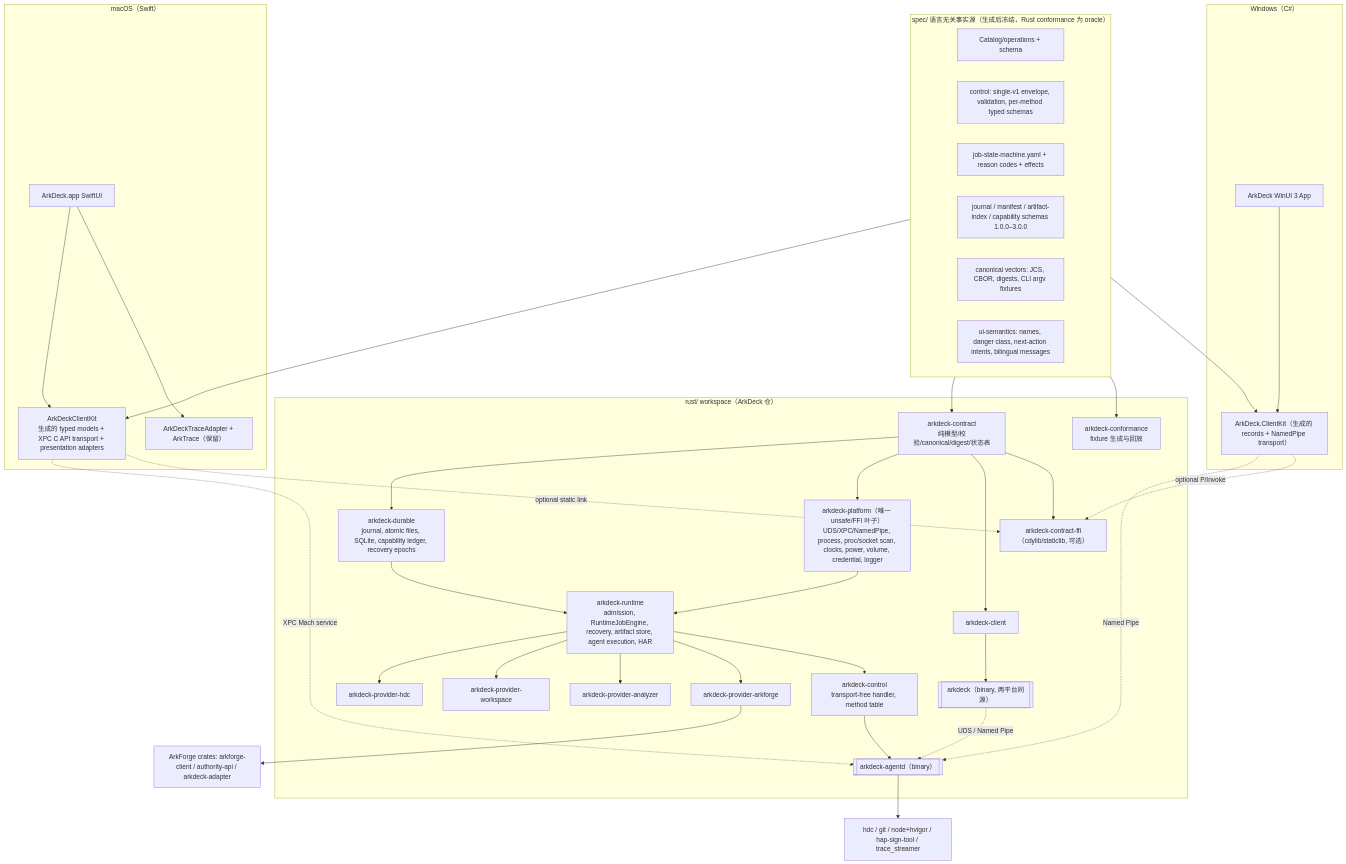
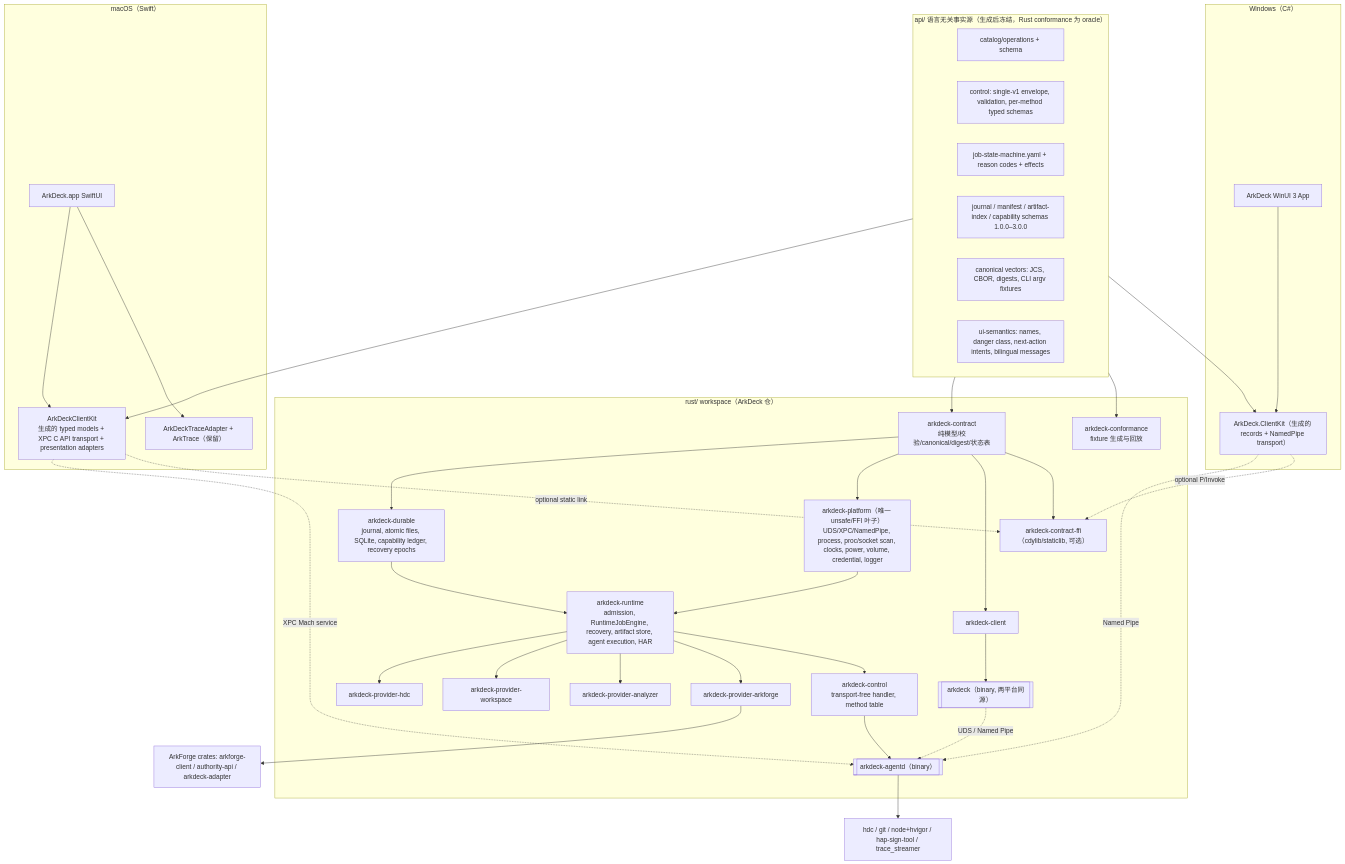
Before and after one commit to ArkDeck/ArkDeck: the first of 5 diagrams in docs/design/cross-platform/rust-core-cross-platform-architecture.md, drawn with Mermaid. The commit also changed other lines of this file and 520 other files, not shown here.

First line of the commit message:
chore: rename non-code trees to hack, api, catalog, and test/fixtures

````diff
--- a/docs/design/cross-platform/rust-core-cross-platform-architecture.md
+++ b/docs/design/cross-platform/rust-core-cross-platform-architecture.md
@@ -142,64 +142,64 @@
 ```mermaid
 flowchart TB
-  subgraph SPEC["spec/ 语言无关事实源（生成后冻结，Rust conformance 为 oracle）"]
-    CAT[Catalog/operations + schema]
+  subgraph SPEC["api/ 语言无关事实源（生成后冻结，Rust conformance 为 oracle）"]
+    CAT[catalog/operations + schema]
     CTRL[control: single-v1 envelope, validation, per-method typed schemas]
     SM[job-state-machine.yaml + reason codes + effects]
     JRN[journal / manifest / artifact-index / capability schemas 1.0.0–3.0.0]
     VEC[canonical vectors: JCS, CBOR, digests, CLI argv fixtures]
     UIS[ui-semantics: names, danger class, next-action intents, bilingual messages]
   end
 
   subgraph RUST["rust/ workspace（ArkDeck 仓）"]
     CONTRACT[arkdeck-contract<br/>纯模型/校验/canonical/digest/状态表]
     DURABLE[arkdeck-durable<br/>journal, atomic files, SQLite, capability ledger, recovery epochs]
     PLATFORM[arkdeck-platform（唯一 unsafe/FFI 叶子）<br/>UDS/XPC/NamedPipe, process, proc/socket scan, clocks, power, volume, credential, logger]
     RUNTIME[arkdeck-runtime<br/>admission, RuntimeJobEngine, recovery, artifact store, agent execution, HAR]
     PHDC[arkdeck-provider-hdc]
     PWS[arkdeck-provider-workspace]
     PAN[arkdeck-provider-analyzer]
     PAF[arkdeck-provider-arkforge]
     CONTROLC[arkdeck-control<br/>transport-free handler, method table]
     DAEMON[[arkdeck-agentd（binary）]]
     CLI[[arkdeck（binary, 两平台同源）]]
     RCLIENT[arkdeck-client]
     FFI[arkdeck-contract-ffi（cdylib/staticlib, 可选）]
     CONF[arkdeck-conformance<br/>fixture 生成与回放]
   end
 
   subgraph SWIFT["macOS（Swift）"]
     APP[ArkDeck.app SwiftUI]
     KIT[ArkDeckClientKit<br/>生成的 typed models + XPC C API transport + presentation adapters]
     TRACE[ArkDeckTraceAdapter + ArkTrace（保留）]
   end
 
   subgraph CS["Windows（C#）"]
     WAPP[ArkDeck WinUI 3 App]
     WKIT[ArkDeck.ClientKit（生成的 records + NamedPipe transport）]
   end
 
   EXT[ArkForge crates: arkforge-client / authority-api / arkdeck-adapter]
   TOOLS[hdc / git / node+hvigor / hap-sign-tool / trace_streamer]
 
   SPEC --> CONTRACT
   SPEC --> KIT
   SPEC --> WKIT
   SPEC --> CONF
   CONTRACT --> DURABLE --> RUNTIME
   CONTRACT --> PLATFORM
   PLATFORM --> RUNTIME
   RUNTIME --> PHDC & PWS & PAN & PAF
   PAF --> EXT
   RUNTIME --> CONTROLC --> DAEMON
   CONTRACT --> RCLIENT --> CLI
   CONTRACT --> FFI
   APP --> KIT
   APP --> TRACE
   KIT -. XPC Mach service .-> DAEMON
   WAPP --> WKIT
   WKIT -. Named Pipe .-> DAEMON
   CLI -. UDS / Named Pipe .-> DAEMON
   KIT -. optional static link .-> FFI
   WKIT -. optional P/Invoke .-> FFI
   DAEMON --> TOOLS
 ```
````
